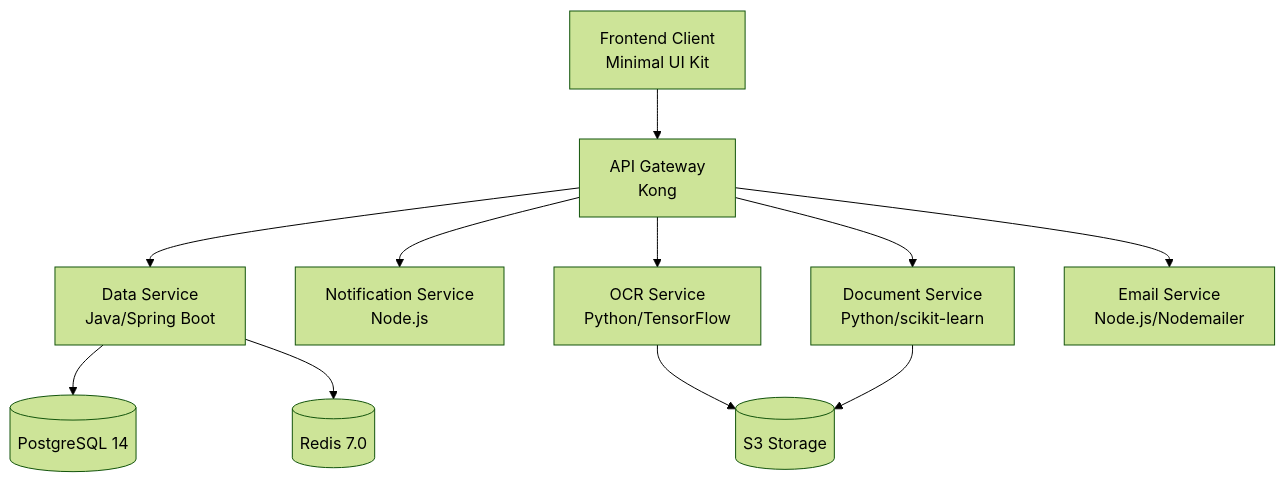
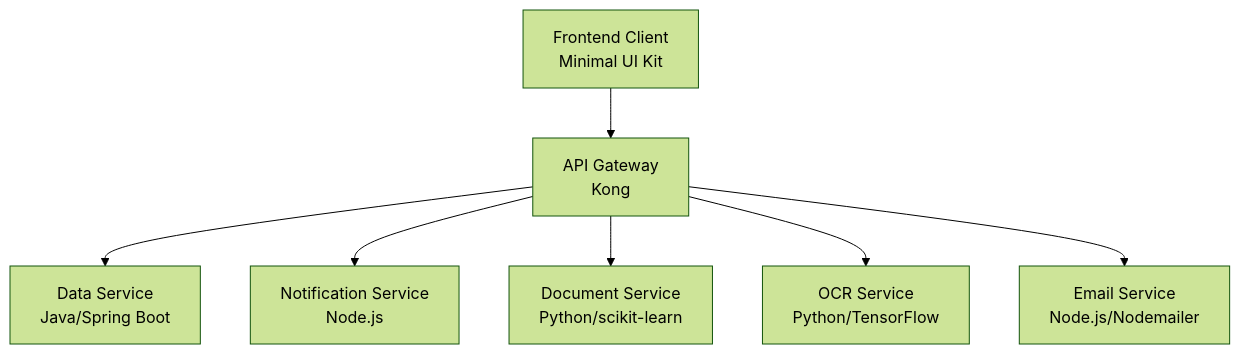
Before and after one commit to njdifiore91/minimals-vite-full: the diagram in api-gateway/README.md, drawn with Mermaid (forest theme). The commit also changed other lines of this file, not shown here.

````diff
--- a/api-gateway/README.md
+++ b/api-gateway/README.md
@@ -24,15 +11,10 @@
 ```mermaid
 graph TD
     Client[Frontend Client<br>Minimal UI Kit] --> Gateway[API Gateway<br>Kong]
     
     Gateway --> DataSvc[Data Service<br>Java/Spring Boot]
     Gateway --> NotifSvc[Notification Service<br>Node.js]
     Gateway --> DocSvc[Document Service<br>Python/scikit-learn]
     Gateway --> OCRSvc[OCR Service<br>Python/TensorFlow]
     Gateway --> EmailSvc[Email Service<br>Node.js/Nodemailer]
-    
-    DataSvc --> DB[(PostgreSQL 14)]
-    DataSvc --> Cache[(Redis 7.0)]
-    OCRSvc --> Storage[(S3 Storage)]
-    DocSvc --> Storage
 ```
````
